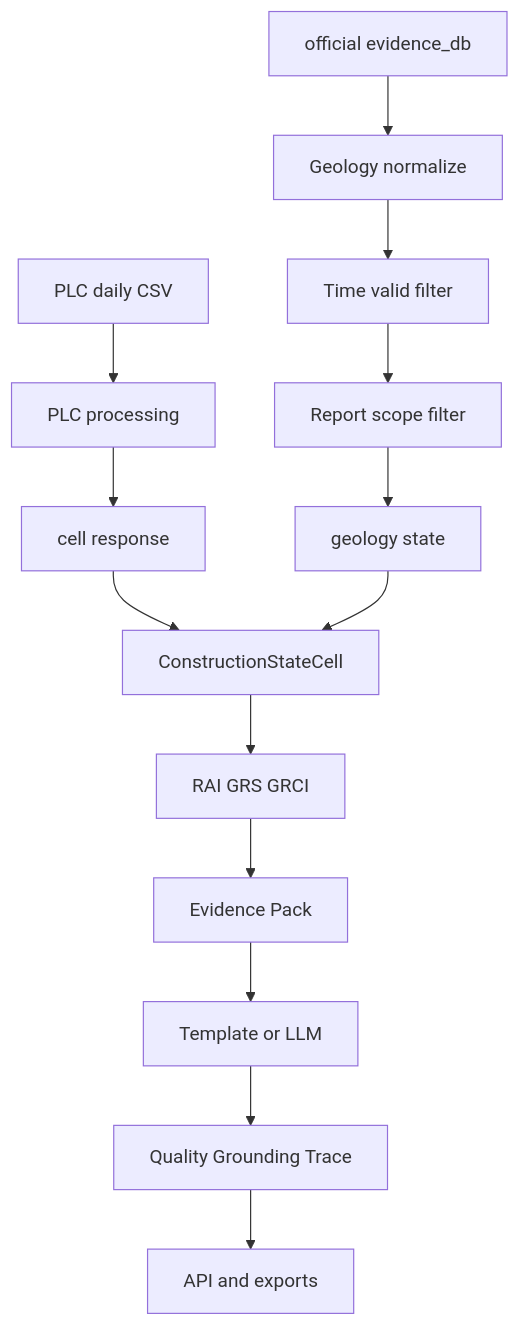
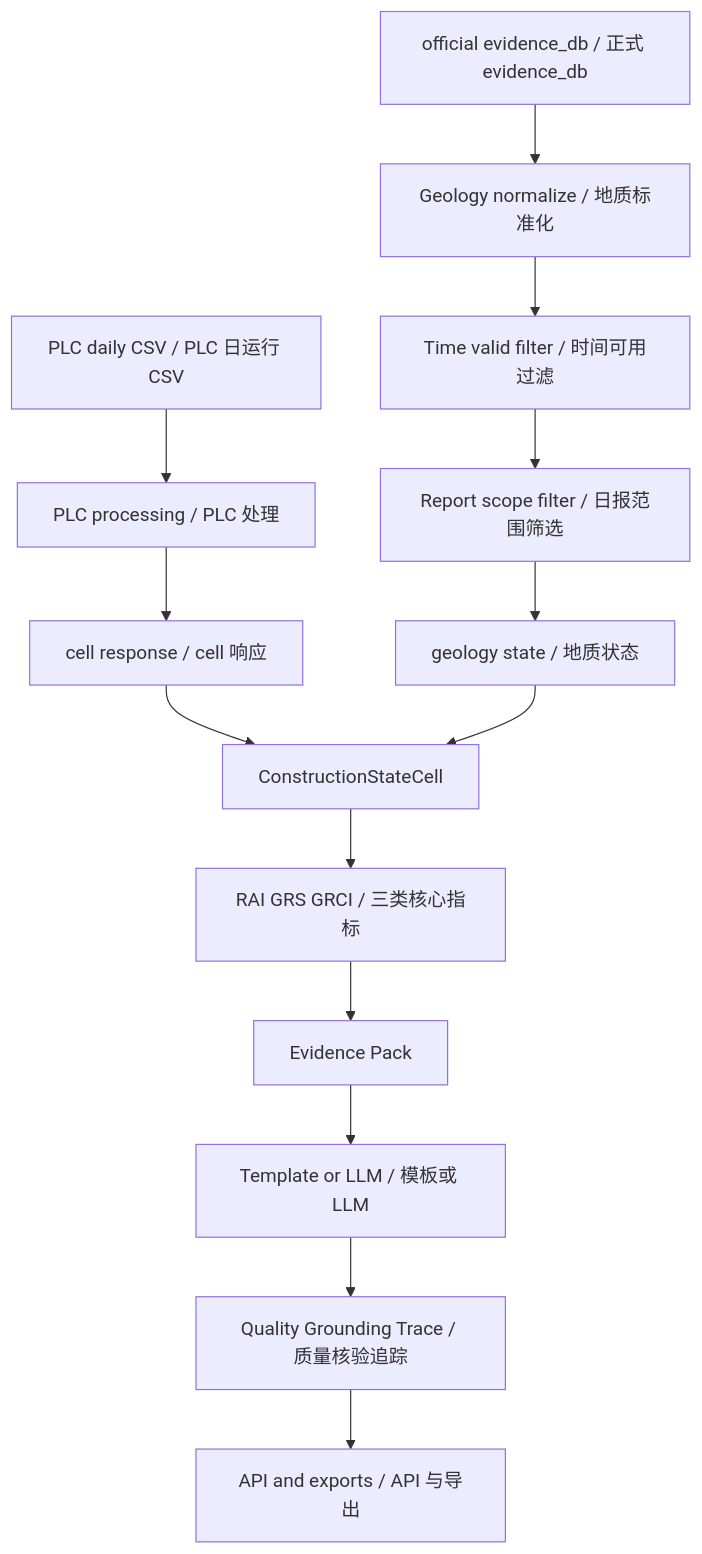
Before and after one commit to xiaodazhao/tbm-report: the first of 3 diagrams in backend/docs/README.md, drawn with Mermaid. The commit also changed other lines of this file and 1 other file, not shown here.

Commit message:
Add bilingual labels to Mermaid diagrams

````diff
--- a/backend/docs/README.md
+++ b/backend/docs/README.md
@@ -48,16 +48,16 @@
 ```mermaid
 flowchart TD
-    A[PLC daily CSV] --> B[PLC processing]
-    C[official evidence_db] --> D[Geology normalize]
-    D --> E[Time valid filter]
-    E --> F[Report scope filter]
-    B --> G[cell response]
-    F --> H[geology state]
+    A[PLC daily CSV / PLC 日运行 CSV] --> B[PLC processing / PLC 处理]
+    C[official evidence_db / 正式 evidence_db] --> D[Geology normalize / 地质标准化]
+    D --> E[Time valid filter / 时间可用过滤]
+    E --> F[Report scope filter / 日报范围筛选]
+    B --> G[cell response / cell 响应]
+    F --> H[geology state / 地质状态]
     G --> I[ConstructionStateCell]
     H --> I
-    I --> J[RAI GRS GRCI]
+    I --> J[RAI GRS GRCI / 三类核心指标]
     J --> K[Evidence Pack]
-    K --> L[Template or LLM]
-    L --> M[Quality Grounding Trace]
-    M --> N[API and exports]
+    K --> L[Template or LLM / 模板或 LLM]
+    L --> M[Quality Grounding Trace / 质量核验追踪]
+    M --> N[API and exports / API 与导出]
 ```
````
